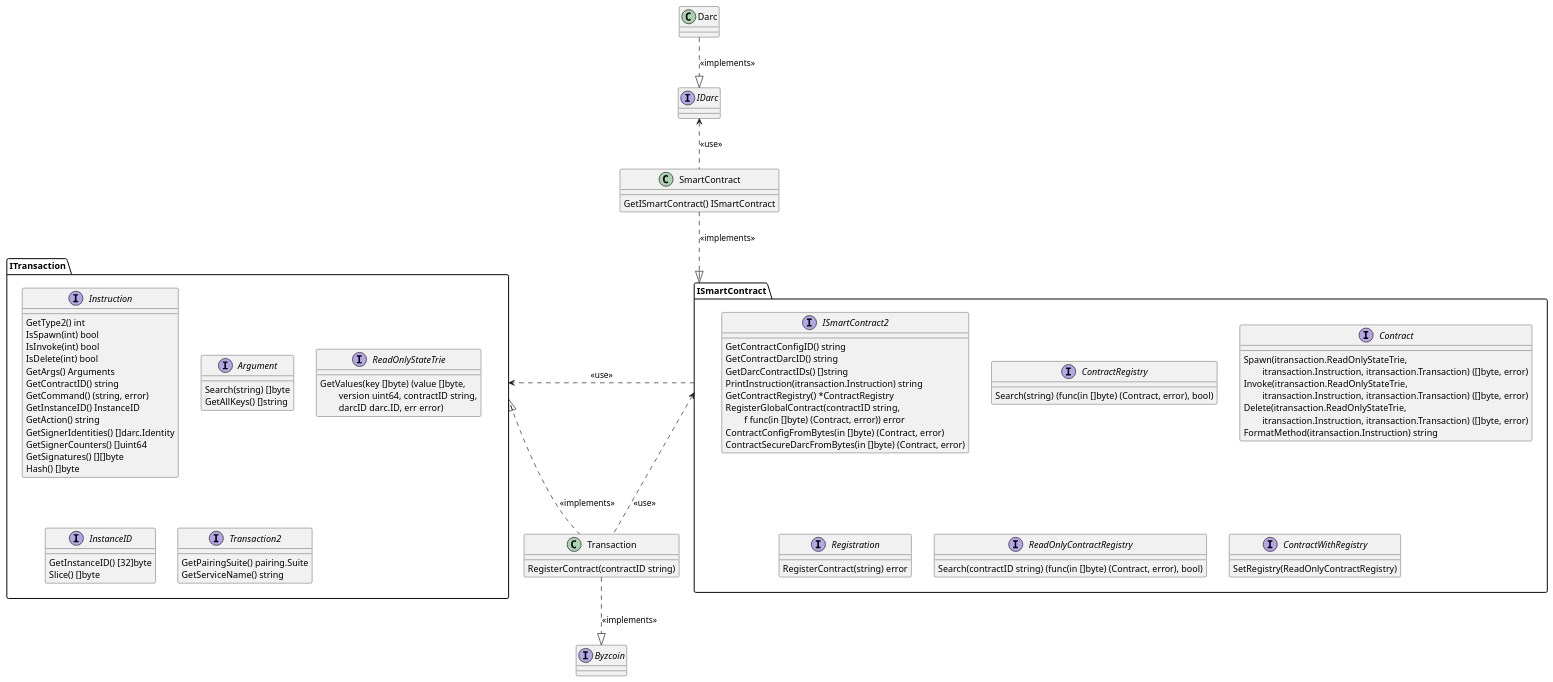
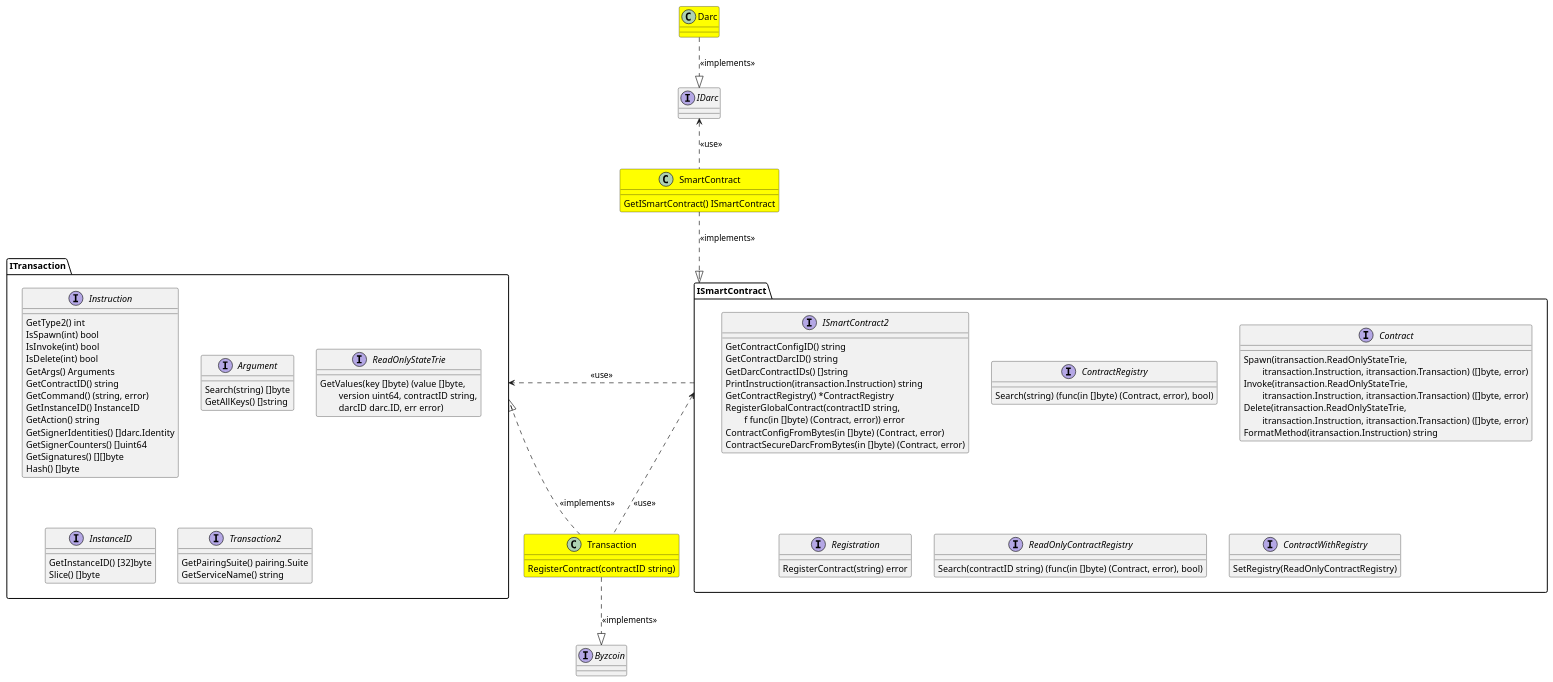
Before and after one commit to dedis/smartcoin: the diagram in design/UML-class.puml, drawn with PlantUML. The commit also changed 1 other file, not shown here.

Commit message:
Updates the class diagram

```diff
--- a/design/UML-class.puml
+++ b/design/UML-class.puml
@@ -1,94 +1,94 @@
 @startuml
 
-class Darc {
+class Darc #yellow {
 }
 
 interface IDarc {
 }
 
 Darc ..|> IDarc : <<implements>>
 IDarc <.. SmartContract : <<use>>
 
-class SmartContract {
+class SmartContract #yellow {
   GetISmartContract() ISmartContract
 }
 
 package ITransaction {
   interface Instruction {
 	  GetType2() int
 	  IsSpawn(int) bool
 	  IsInvoke(int) bool
 	  IsDelete(int) bool
 	  GetArgs() Arguments
 	  GetContractID() string
 	  GetCommand() (string, error)
 	  GetInstanceID() InstanceID
 	  GetAction() string
 	  GetSignerIdentities() []darc.Identity
 	  GetSignerCounters() []uint64
 	  GetSignatures() [][]byte
 	  Hash() []byte
   }
   interface Argument {
 	  Search(string) []byte
 	  GetAllKeys() []string
   }
   interface ReadOnlyStateTrie {
 	  GetValues(key []byte) (value []byte,\n\tversion uint64, contractID string,\n\tdarcID darc.ID, err error)
   }
   interface InstanceID {
 	  GetInstanceID() [32]byte
 	  Slice() []byte
   }
   interface Transaction2 {
 	  GetPairingSuite() pairing.Suite
 	  GetServiceName() string
   }
 }
 
 ISmartContract .right.> ITransaction : <<use>>
 ITransaction <|.. Transaction : <<implements>>
 
 package ISmartContract {
   interface ISmartContract2 {
 	  GetContractConfigID() string
 	  GetContractDarcID() string
 	  GetDarcContractIDs() []string
 	  PrintInstruction(itransaction.Instruction) string
 	  GetContractRegistry() *ContractRegistry
 	  RegisterGlobalContract(contractID string, \n\tf func(in []byte) (Contract, error)) error
 	  ContractConfigFromBytes(in []byte) (Contract, error)
 	  ContractSecureDarcFromBytes(in []byte) (Contract, error)
   }
   interface ContractRegistry {
 	  Search(string) (func(in []byte) (Contract, error), bool)
   }
   interface Contract {
 	  Spawn(itransaction.ReadOnlyStateTrie, \n\titransaction.Instruction, itransaction.Transaction) ([]byte, error)
 	  Invoke(itransaction.ReadOnlyStateTrie, \n\titransaction.Instruction, itransaction.Transaction) ([]byte, error)
 	  Delete(itransaction.ReadOnlyStateTrie, \n\titransaction.Instruction, itransaction.Transaction) ([]byte, error)
 	  FormatMethod(itransaction.Instruction) string
   }
   interface Registration {
     RegisterContract(string) error
   }
   interface ReadOnlyContractRegistry {
     Search(contractID string) (func(in []byte) (Contract, error), bool)  
   }
   interface ContractWithRegistry {
     SetRegistry(ReadOnlyContractRegistry)  
   }
 }
 
-class Transaction {
+class Transaction #yellow {
   RegisterContract(contractID string)
 }
 
 interface Byzcoin {
 }
 
 Transaction ..|> Byzcoin : <<implements>>
 
 ISmartContract <.. Transaction : <<use>>
 SmartContract ..|> ISmartContract : <<implements>>
 @enduml
```
